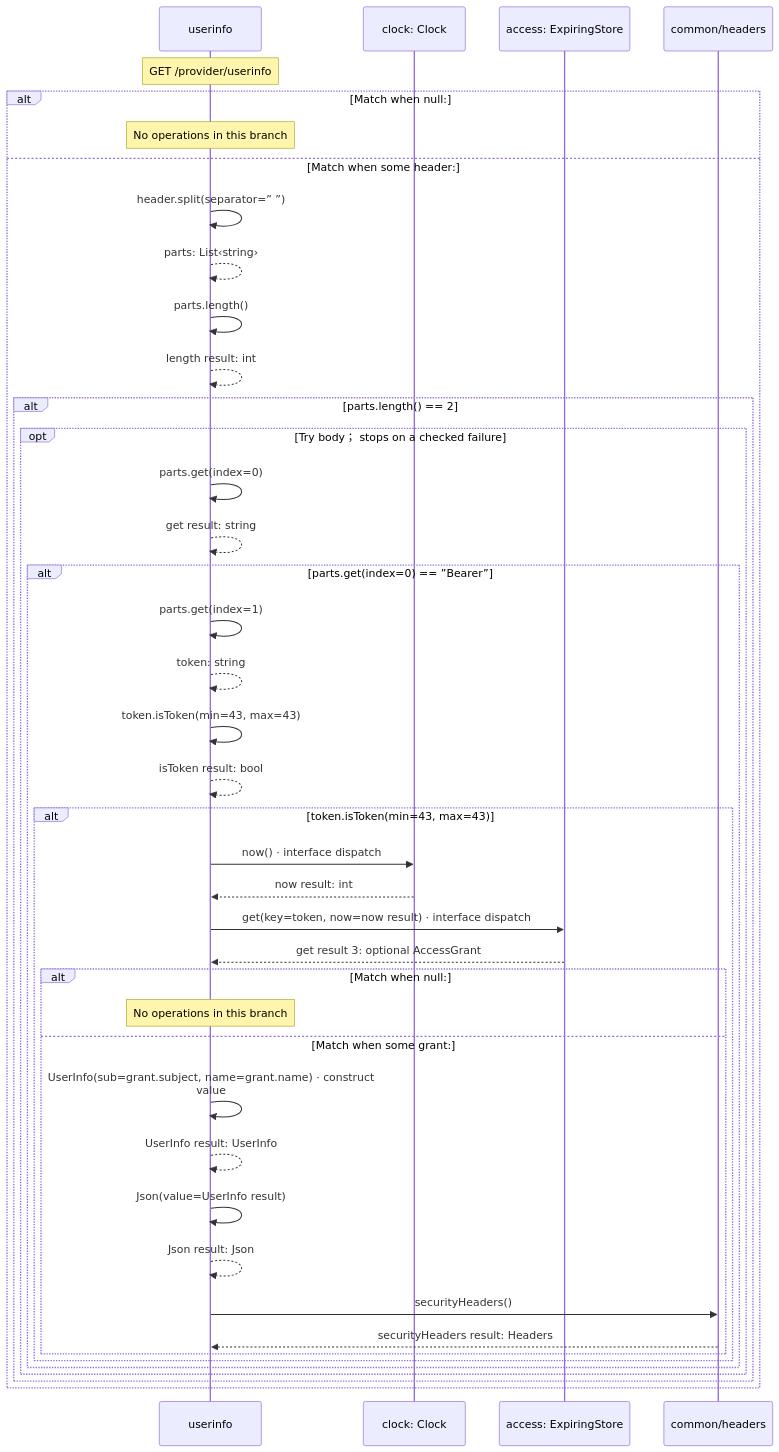
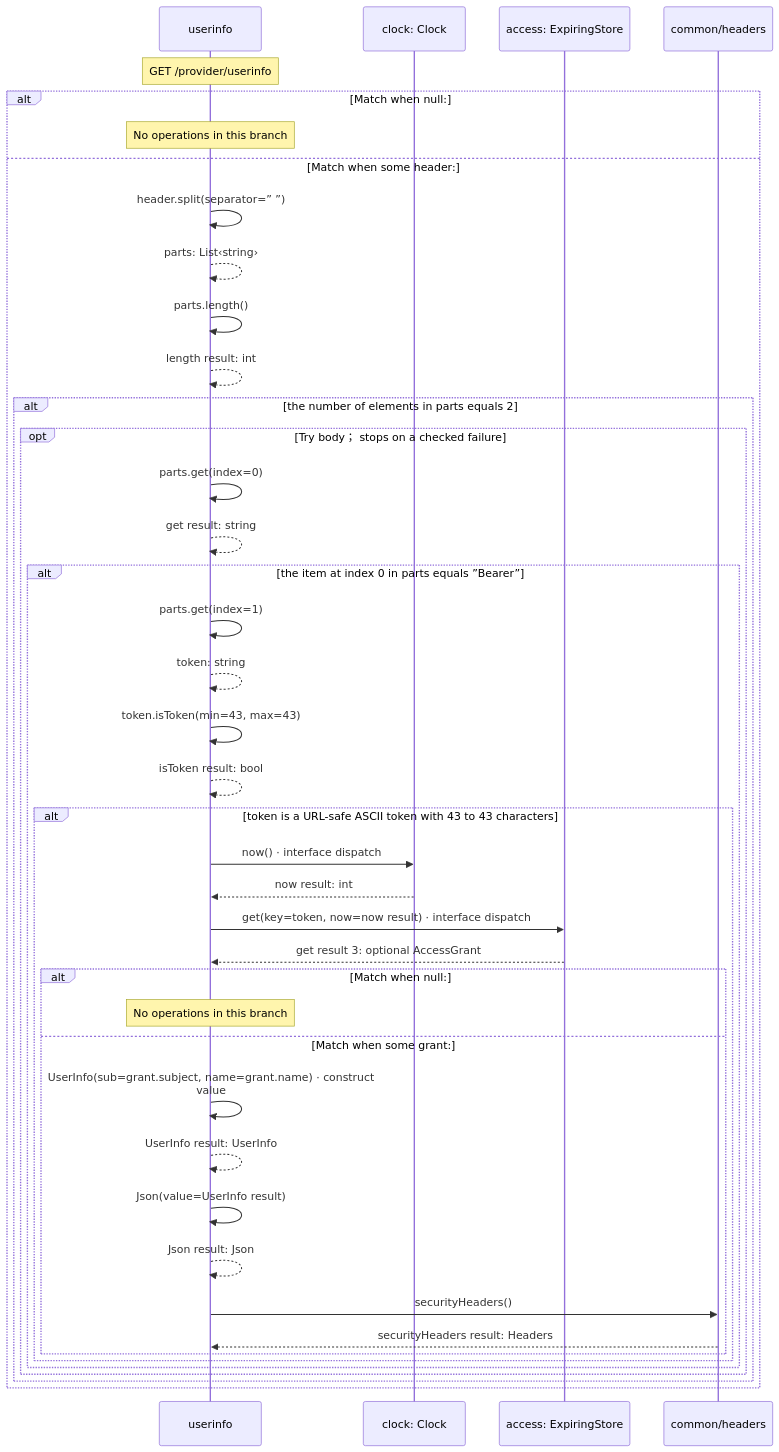
One commit to GreenPandaStudios/augscript changed the second of 3 diagrams in docs/examples/oidc-login/provider/userinfo-diagrams.md. Above: the diagram before and after it, drawn with Mermaid. The commit also changed other lines of this file and 658 other files, not shown here.

````diff
--- a/docs/examples/oidc-login/provider/userinfo-diagrams.md
+++ b/docs/examples/oidc-login/provider/userinfo-diagrams.md
@@ -42,44 +52,44 @@
 ```mermaid
 sequenceDiagram
     participant p0 as userinfo
     participant p1 as clock: Clock
     participant p2 as access: ExpiringStore
     participant p3 as common/headers
     Note over p0: GET /provider/userinfo
     alt Match when null:
     Note over p0: No operations in this branch
     else Match when some header:
     p0->>p0: header.split(separator=” ”)
     p0-->>p0: parts: List‹string›
     p0->>p0: parts.length()
     p0-->>p0: length result: int
-    alt parts.length() == 2
+    alt the number of elements in parts equals 2
     opt Try body； stops on a checked failure
     p0->>p0: parts.get(index=0)
     p0-->>p0: get result: string
-    alt parts.get(index=0) == ”Bearer”
+    alt the item at index 0 in parts equals ”Bearer”
     p0->>p0: parts.get(index=1)
     p0-->>p0: token: string
     p0->>p0: token.isToken(min=43, max=43)
     p0-->>p0: isToken result: bool
-    alt token.isToken(min=43, max=43)
+    alt token is a URL-safe ASCII token with 43 to 43 characters
     p0->>p1: now() · interface dispatch
     p1-->>p0: now result: int
     p0->>p2: get(key=token, now=now result) · interface dispatch
     p2-->>p0: get result 3: optional AccessGrant
     alt Match when null:
     Note over p0: No operations in this branch
     else Match when some grant:
     p0->>p0: UserInfo(sub=grant.subject, name=grant.name) · construct<br/>value
     p0-->>p0: UserInfo result: UserInfo
     p0->>p0: Json(value=UserInfo result)
     p0-->>p0: Json result: Json
     p0->>p3: securityHeaders()
     p3-->>p0: securityHeaders result: Headers
     end
     end
     end
     end
     end
     end
 ```
````
